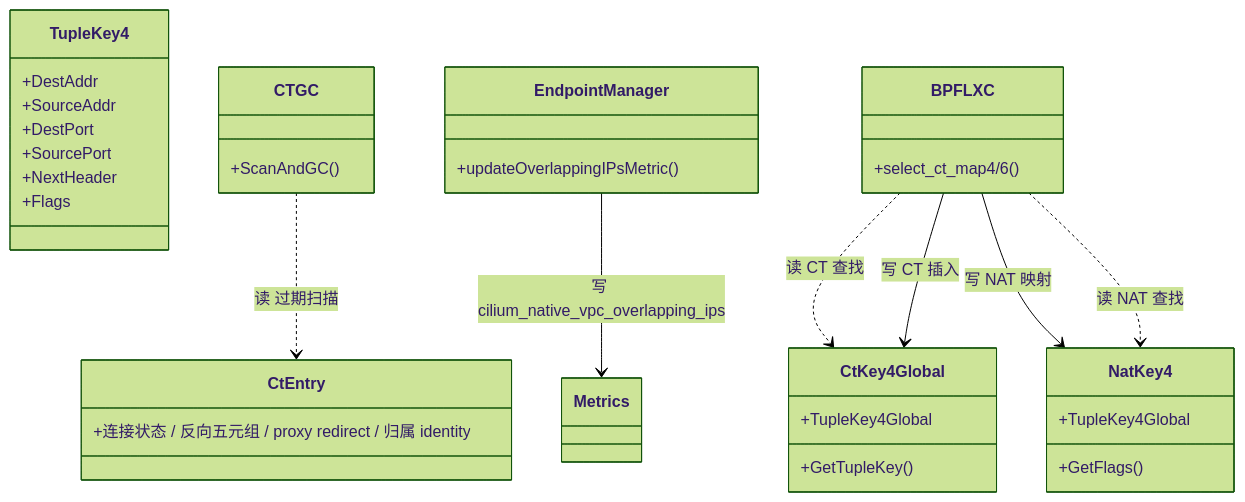
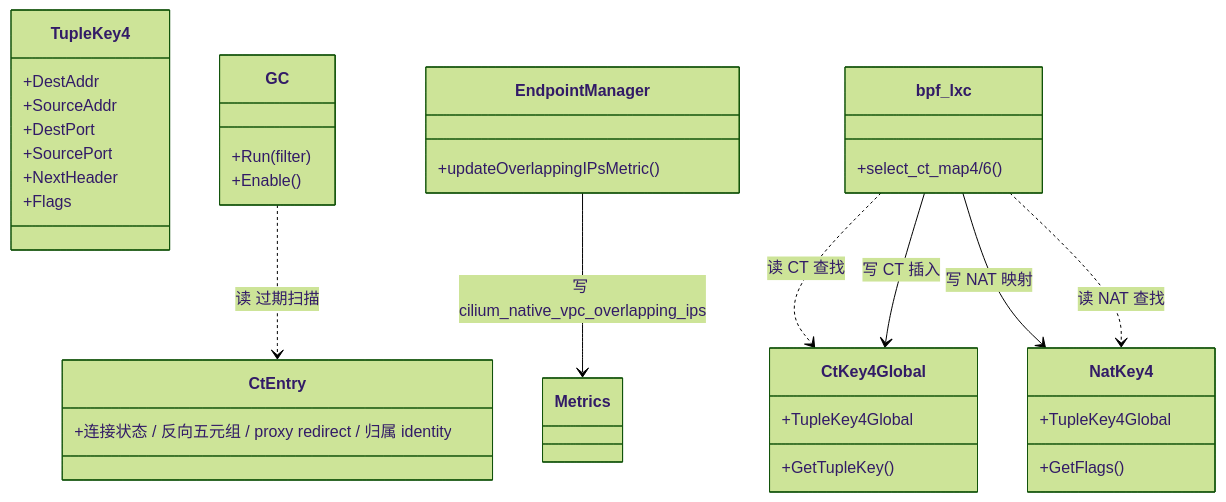
The first of 2 diagrams in docs/planes/06-conntrack-nat-plane.md (zbb88888/cilium-map-road), drawn with Mermaid (forest theme) before and after one commit. The commit also changed other lines of this file and 11 other files, not shown here.

````diff
--- a/docs/planes/06-conntrack-nat-plane.md
+++ b/docs/planes/06-conntrack-nat-plane.md
@@ -20,38 +20,39 @@
 ```mermaid
 classDiagram
     class TupleKey4 {
         +DestAddr
         +SourceAddr
         +DestPort
         +SourcePort
         +NextHeader
         +Flags
     }
     class CtKey4Global {
         +TupleKey4Global
         +GetTupleKey()
     }
     class NatKey4 {
         +TupleKey4Global
         +GetFlags()
     }
     class CtEntry {
         +连接状态 / 反向五元组 / proxy redirect / 归属 identity
     }
-    class CTGC {
-        +ScanAndGC()
+    class GC {
+        +Run(filter)
+        +Enable()
     }
     class EndpointManager {
         +updateOverlappingIPsMetric()
     }
-    class BPFLXC {
+    class bpf_lxc {
         +select_ct_map4/6()
     }
 
-    BPFLXC ..> CtKey4Global : 读 CT 查找
-    BPFLXC --> CtKey4Global : 写 CT 插入
-    BPFLXC --> NatKey4 : 写 NAT 映射
-    BPFLXC ..> NatKey4 : 读 NAT 查找
-    CTGC ..> CtEntry : 读 过期扫描
+    bpf_lxc ..> CtKey4Global : 读 CT 查找
+    bpf_lxc --> CtKey4Global : 写 CT 插入
+    bpf_lxc --> NatKey4 : 写 NAT 映射
+    bpf_lxc ..> NatKey4 : 读 NAT 查找
+    GC ..> CtEntry : 读 过期扫描
     EndpointManager --> Metrics : 写 cilium_native_vpc_overlapping_ips
 ```
````
